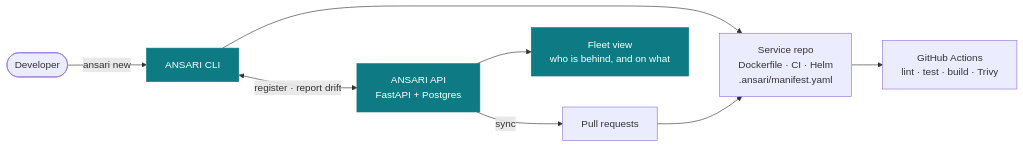
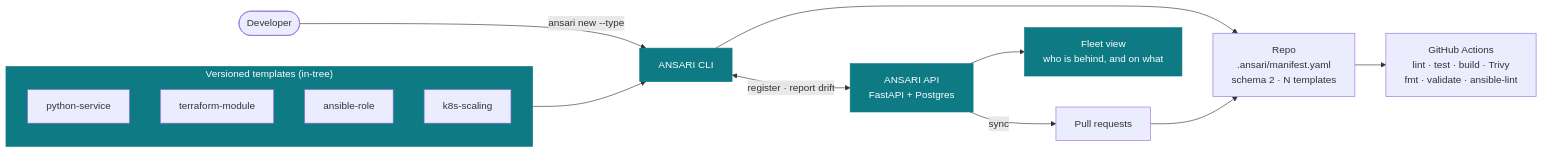
Before and after one commit to sameeralam3127/ansari: the first of 4 diagrams in README.md, drawn with Mermaid. The commit also changed other lines of this file and 13 other files, not shown here.

First line of the commit message:
Track multiple templates per repo, and make templates pluggable (#26)

````diff
--- a/README.md
+++ b/README.md
@@ -84,13 +92,22 @@
 ```mermaid
 flowchart LR
-    dev([Developer]) -->|ansari new| cli[ANSARI CLI]
-    cli --> repo[Service repo\nDockerfile · CI · Helm\n.ansari/manifest.yaml]
-    repo --> gha[GitHub Actions\nlint · test · build · Trivy]
+    dev([Developer]) -->|ansari new --type| cli[ANSARI CLI]
+
+    subgraph tpl["Versioned templates (in-tree)"]
+        t1[python-service]
+        t2[terraform-module]
+        t3[ansible-role]
+        t4[k8s-scaling]
+    end
+
+    tpl --> cli
+    cli --> repo[Repo\n.ansari/manifest.yaml\nschema 2 · N templates]
+    repo --> gha[GitHub Actions\nlint · test · build · Trivy\nfmt · validate · ansible-lint]
 
     cli <-->|register · report drift| api[ANSARI API\nFastAPI + Postgres]
     api --> dash[Fleet view\nwho is behind, and on what]
     api -->|sync| prs[Pull requests] --> repo
 
     classDef ansari fill:#0d7a84,stroke:#0d7a84,color:#fff
-    class cli,api,dash ansari
+    class cli,api,dash,tpl ansari
 ```
````
